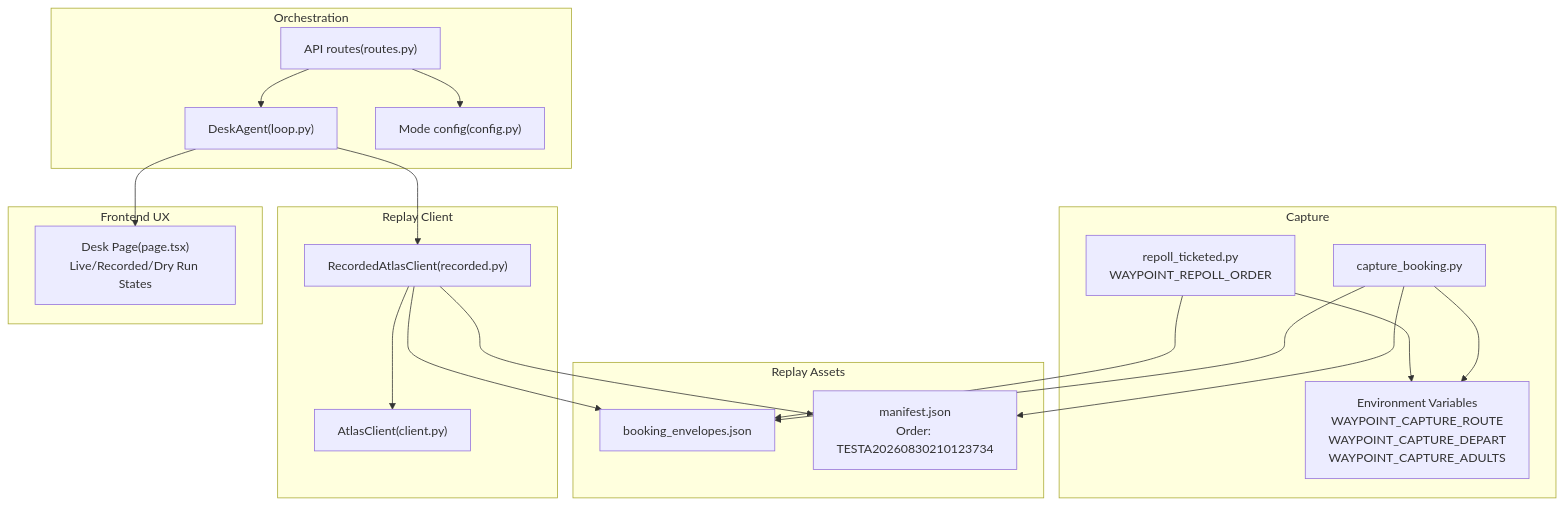
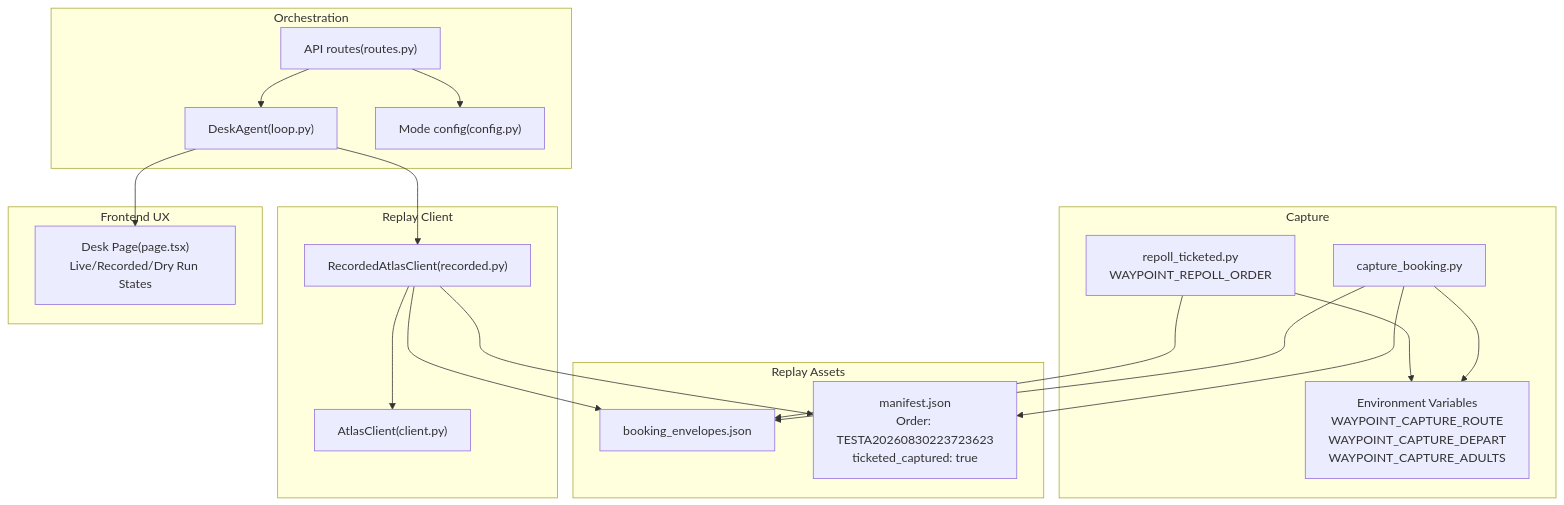
The first of 7 diagrams in .qoder/repowiki/en/content/Atlas Integration/Recorded Mode Engine.md (jaydonnnk/waypoint), drawn with Mermaid before and after one commit. The commit also changed other lines of this file and 20 other files, not shown here.

````diff
--- a/.qoder/repowiki/en/content/Atlas Integration/Recorded Mode Engine.md
+++ b/.qoder/repowiki/en/content/Atlas Integration/Recorded Mode Engine.md
@@ -60,36 +61,36 @@
 ```mermaid
 graph TB
 subgraph "Capture"
 CAP["capture_booking.py"]
 ENV["Environment Variables<br/>WAYPOINT_CAPTURE_ROUTE<br/>WAYPOINT_CAPTURE_DEPART<br/>WAYPOINT_CAPTURE_ADULTS"]
 REPOLL["repoll_ticketed.py<br/>WAYPOINT_REPOLL_ORDER"]
 end
 subgraph "Replay Assets"
 REC["booking_envelopes.json"]
-MAN["manifest.json<br/>Order: TESTA20260830210123734"]
+MAN["manifest.json<br/>Order: TESTA20260830223723623<br/>ticketed_captured: true"]
 end
 subgraph "Replay Client"
 RC["RecordedAtlasClient(recorded.py)"]
 BASE["AtlasClient(client.py)"]
 end
 subgraph "Orchestration"
 LOOP["DeskAgent(loop.py)"]
 ROUTE["API routes(routes.py)"]
 CFG["Mode config(config.py)"]
 end
 subgraph "Frontend UX"
 FE["Desk Page(page.tsx)<br/>Live/Recorded/Dry Run States"]
 end
 CAP --> ENV
 CAP --> REC
 CAP --> MAN
 REPOLL --> ENV
 REPOLL --> REC
 ROUTE --> CFG
 ROUTE --> LOOP
 LOOP --> RC
 RC --> BASE
 RC --> MAN
 RC --> REC
 LOOP --> FE
 ```
````
